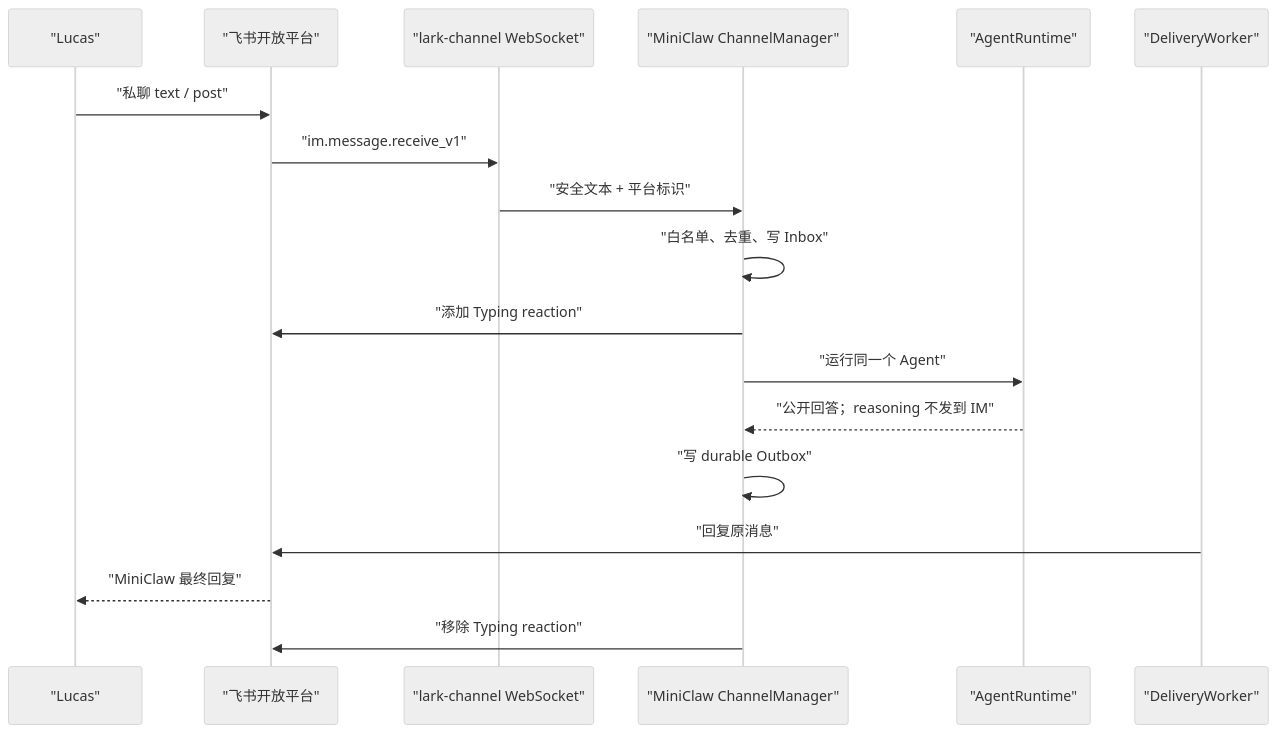
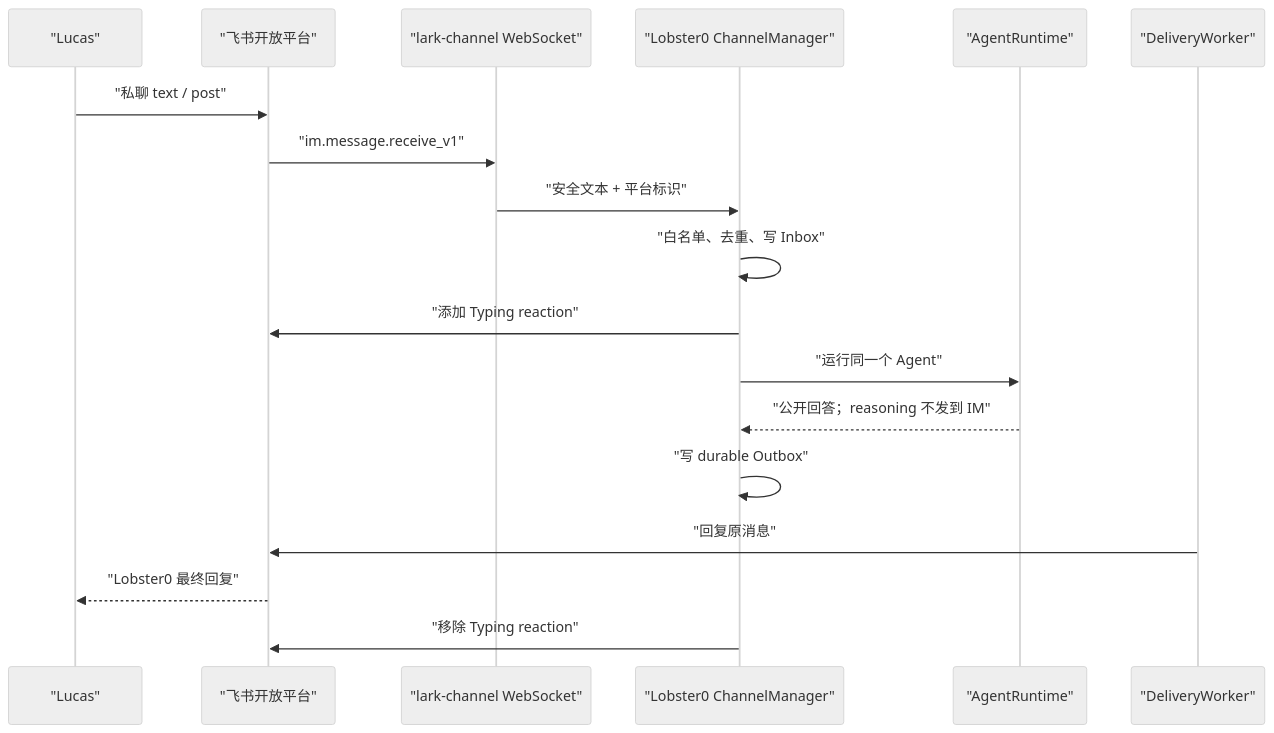
Before and after one commit to NEDONION/lobster0: the first of 4 diagrams in docs/engineering/phase-5/20260808_feishu-gateway-runtime-and-macos-service.md, drawn with Mermaid (neutral theme). The commit also changed other lines of this file and 221 other files, not shown here.

````diff
--- a/docs/engineering/phase-5/20260808_feishu-gateway-runtime-and-macos-service.md
+++ b/docs/engineering/phase-5/20260808_feishu-gateway-runtime-and-macos-service.md
@@ -18,21 +18,21 @@
 ```mermaid
 sequenceDiagram
     participant U as "Lucas"
     participant F as "飞书开放平台"
     participant W as "lark-channel WebSocket"
-    participant M as "MiniClaw ChannelManager"
+    participant M as "Lobster0 ChannelManager"
     participant A as "AgentRuntime"
     participant D as "DeliveryWorker"
 
     U->>F: "私聊 text / post"
     F->>W: "im.message.receive_v1"
     W->>M: "安全文本 + 平台标识"
     M->>M: "白名单、去重、写 Inbox"
     M->>F: "添加 Typing reaction"
     M->>A: "运行同一个 Agent"
     A-->>M: "公开回答；reasoning 不发到 IM"
     M->>M: "写 durable Outbox"
     D->>F: "回复原消息"
-    F-->>U: "MiniClaw 最终回复"
+    F-->>U: "Lobster0 最终回复"
     M->>F: "移除 Typing reaction"
 ```
````
